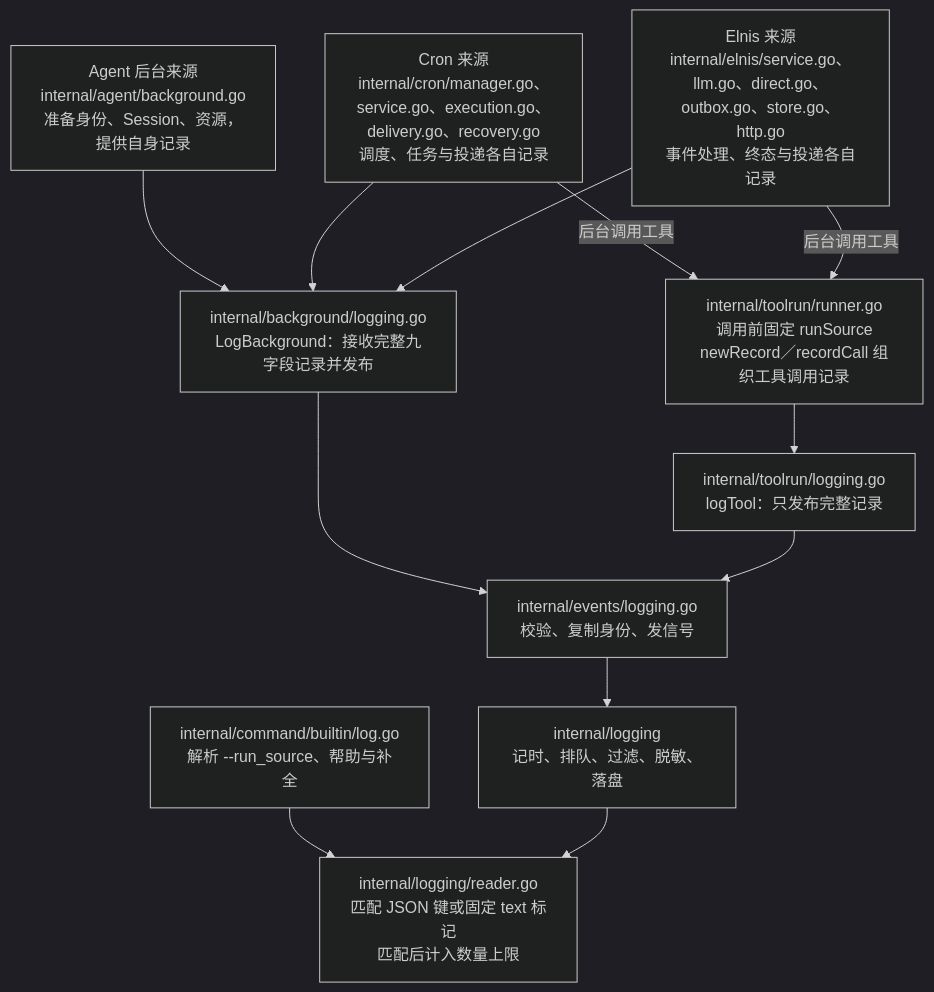
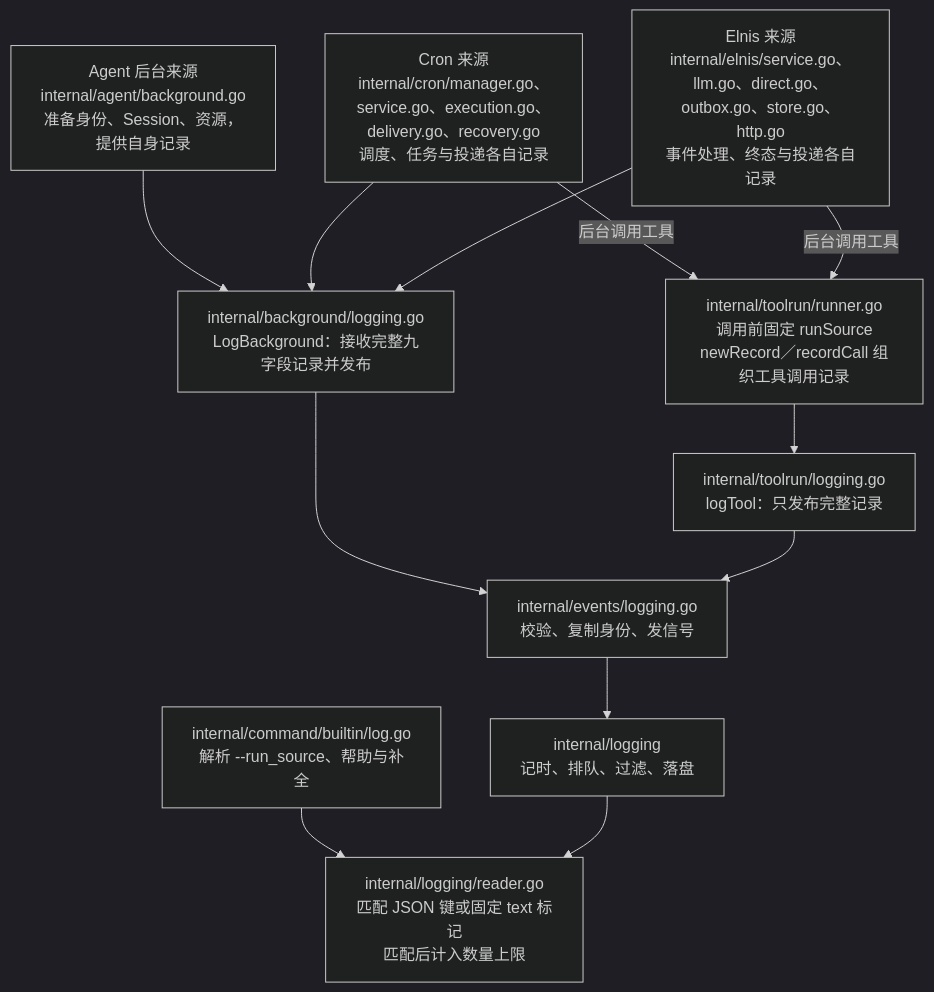
Before and after one commit to Elflare/elbot: the fourth of 5 diagrams in devdocs/signals-and-logging.md, drawn with Mermaid (dark theme). The commit also changed other lines of this file and 20 other files, not shown here.

````diff
--- a/devdocs/signals-and-logging.md
+++ b/devdocs/signals-and-logging.md
@@ -614,17 +613,17 @@
 ```mermaid
 flowchart TD
     A["Agent 后台来源<br/>internal/agent/background.go<br/>准备身份、Session、资源，提供自身记录"]
     C["Cron 来源<br/>internal/cron/manager.go、service.go、execution.go、delivery.go、recovery.go<br/>调度、任务与投递各自记录"]
     E["Elnis 来源<br/>internal/elnis/service.go、llm.go、direct.go、outbox.go、store.go、http.go<br/>事件处理、终态与投递各自记录"]
     A --> B["internal/background/logging.go<br/>LogBackground：接收完整九字段记录并发布"]
     C --> B
     E --> B
     C -->|后台调用工具| T["internal/toolrun/runner.go<br/>调用前固定 runSource<br/>newRecord／recordCall 组织工具调用记录"]
     E -->|后台调用工具| T
     T --> L["internal/toolrun/logging.go<br/>logTool：只发布完整记录"]
     B --> P["internal/events/logging.go<br/>校验、复制身份、发信号"]
     L --> P
-    P --> G["internal/logging<br/>记时、排队、过滤、脱敏、落盘"]
+    P --> G["internal/logging<br/>记时、排队、过滤、落盘"]
     Q["internal/command/builtin/log.go<br/>解析 --run_source、帮助与补全"] --> R["internal/logging/reader.go<br/>匹配 JSON 键或固定 text 标记<br/>匹配后计入数量上限"]
     G --> R
 ```
````
